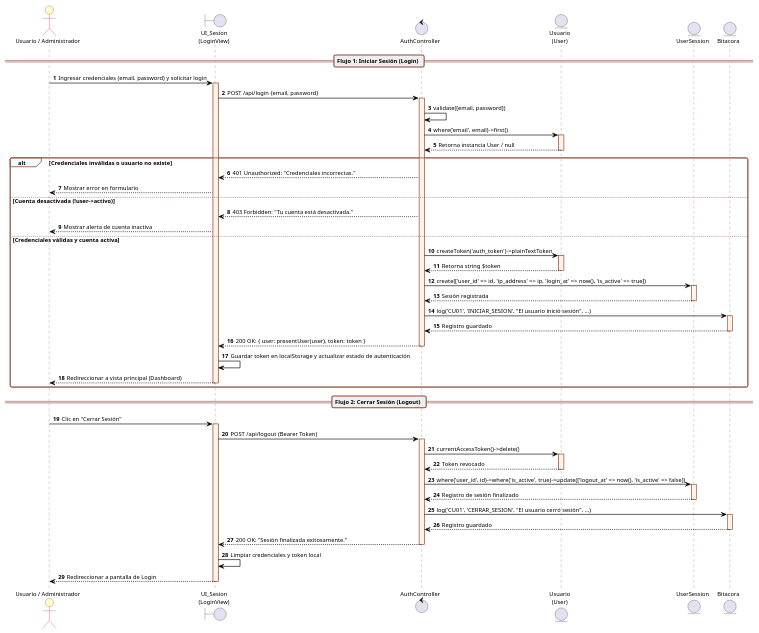
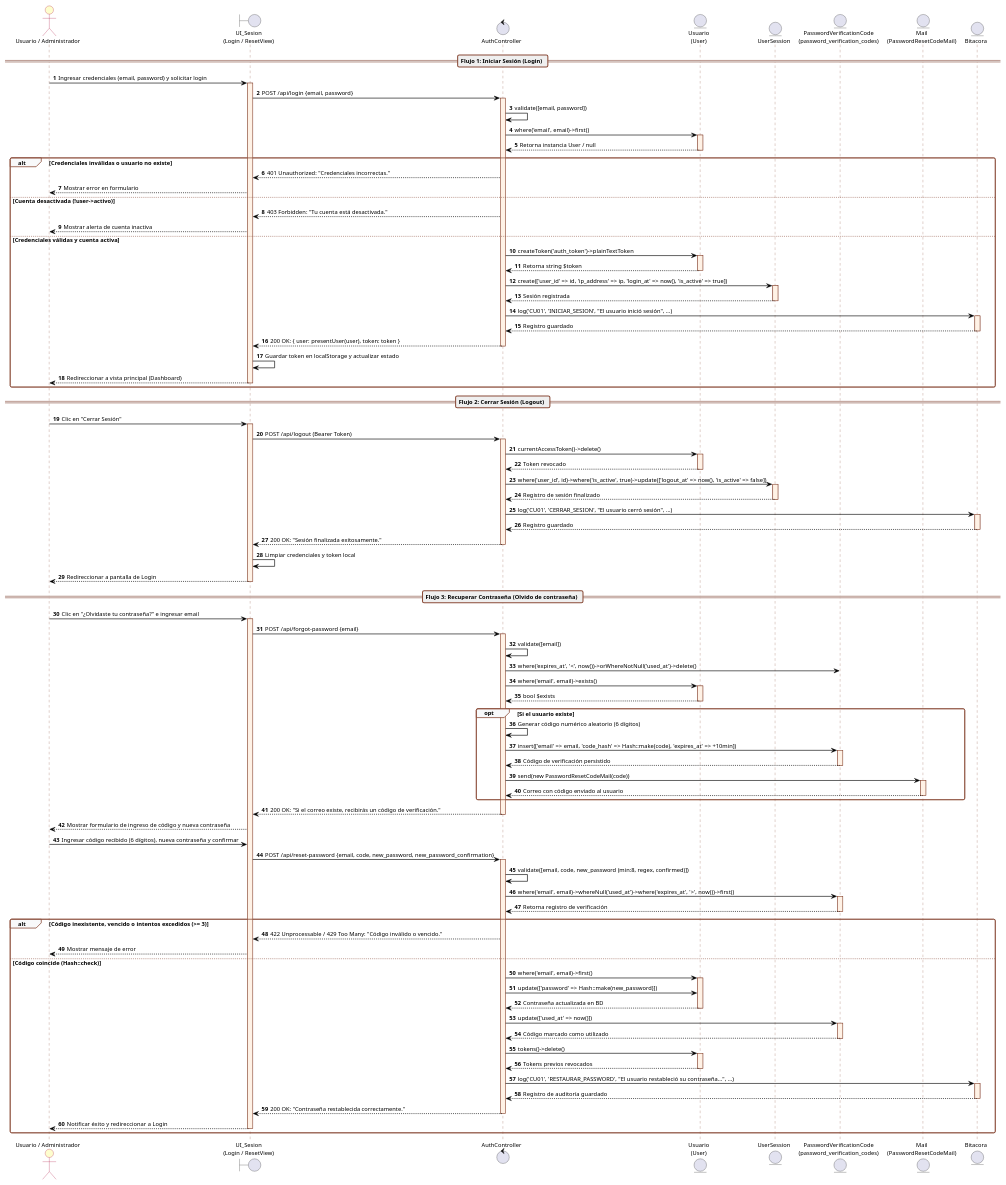
The diagram in diagramas/secuencia/diagramas_secuencia_todos_cu.puml (DiogoMars777/TELCOM), drawn with PlantUML before and after one commit. The commit also changed other lines of this file and 1 other file, not shown here.

Commit message:
docs(diagramas): agregar Flujo 3 Recuperar Contrasena al diagrama de secuencia CU01 y regenerar PNG

```diff
--- a/diagramas/secuencia/diagramas_secuencia_todos_cu.puml
+++ b/diagramas/secuencia/diagramas_secuencia_todos_cu.puml
@@ -7,107 +11,186 @@
 @startuml cu01_secuencia_iniciar_cerrar_sesion
 autonumber
 skinparam backgroundColor white
 skinparam defaultFontName "Segoe UI"
 skinparam defaultFontSize 11
 skinparam sequenceArrowThickness 1.2
 skinparam roundcorner 6
 
 skinparam sequence {
     ArrowColor black
     ActorBorderColor #A80036
     ActorBackgroundColor #FEFECE
     LifeLineBorderColor #8A4B38
     LifeLineBackgroundColor #FFF2E6
     ParticipantBorderColor #8A4B38
     ParticipantBackgroundColor #FFF2E6
     BoxBorderColor #A80036
     BoxBackgroundColor #FAFAFA
     GroupBackgroundColor #F8F9FA
     GroupBorderColor #8A4B38
     DividerBackgroundColor #EFEFEF
     DividerBorderColor #8A4B38
 }
 
 actor "Usuario / Administrador" as UserActor
-boundary "UI_Sesion\n(LoginView)" as UI
+boundary "UI_Sesion\n(Login / ResetView)" as UI
 control "AuthController" as Auth
 entity "Usuario\n(User)" as UserEntity
 entity "UserSession" as SessionEntity
+entity "PasswordVerificationCode\n(password_verification_codes)" as CodeEntity
+entity "Mail\n(PasswordResetCodeMail)" as MailService
 entity "Bitacora" as AuditEntity
 
 == Flujo 1: Iniciar Sesión (Login) ==
 
 UserActor -> UI: Ingresar credenciales (email, password) y solicitar login
 activate UI
 
 UI -> Auth: POST /api/login {email, password}
 activate Auth
 
 Auth -> Auth: validate([email, password])
 
 Auth -> UserEntity: where('email', email)->first()
 activate UserEntity
 UserEntity --> Auth: Retorna instancia User / null
 deactivate UserEntity
 
 alt Credenciales inválidas o usuario no existe
     Auth --> UI: 401 Unauthorized: "Credenciales incorrectas."
     UI --> UserActor: Mostrar error en formulario
 else Cuenta desactivada (!user->activo)
     Auth --> UI: 403 Forbidden: "Tu cuenta está desactivada."
     UI --> UserActor: Mostrar alerta de cuenta inactiva
 else Credenciales válidas y cuenta activa
     Auth -> UserEntity: createToken('auth_token')->plainTextToken
     activate UserEntity
     UserEntity --> Auth: Retorna string $token
     deactivate UserEntity
 
     Auth -> SessionEntity: create(['user_id' => id, 'ip_address' => ip, 'login_at' => now(), 'is_active' => true])
     activate SessionEntity
     SessionEntity --> Auth: Sesión registrada
     deactivate SessionEntity
 
     Auth -> AuditEntity: log('CU01', 'INICIAR_SESION', "El usuario inició sesión", ...)
     activate AuditEntity
     AuditEntity --> Auth: Registro guardado
     deactivate AuditEntity
 
     Auth --> UI: 200 OK: { user: presentUser(user), token: token }
     deactivate Auth
 
-    UI -> UI: Guardar token en localStorage y actualizar estado de autenticación
+    UI -> UI: Guardar token en localStorage y actualizar estado
     UI --> UserActor: Redireccionar a vista principal (Dashboard)
     deactivate UI
 end
 
 == Flujo 2: Cerrar Sesión (Logout) ==
 
 UserActor -> UI: Clic en "Cerrar Sesión"
 activate UI
 
 UI -> Auth: POST /api/logout (Bearer Token)
 activate Auth
 
 Auth -> UserEntity: currentAccessToken()->delete()
 activate UserEntity
 UserEntity --> Auth: Token revocado
 deactivate UserEntity
 
 Auth -> SessionEntity: where('user_id', id)->where('is_active', true)->update(['logout_at' => now(), 'is_active' => false])
 activate SessionEntity
 SessionEntity --> Auth: Registro de sesión finalizado
 deactivate SessionEntity
 
 Auth -> AuditEntity: log('CU01', 'CERRAR_SESION', "El usuario cerró sesión", ...)
 activate AuditEntity
 AuditEntity --> Auth: Registro guardado
 deactivate AuditEntity
 
 Auth --> UI: 200 OK: "Sesión finalizada exitosamente."
 deactivate Auth
 
 UI -> UI: Limpiar credenciales y token local
 UI --> UserActor: Redireccionar a pantalla de Login
 deactivate UI
 
+== Flujo 3: Recuperar Contraseña (Olvido de contraseña) ==
+
+UserActor -> UI: Clic en "¿Olvidaste tu contraseña?" e ingresar email
+activate UI
+
+UI -> Auth: POST /api/forgot-password {email}
+activate Auth
+
+Auth -> Auth: validate([email])
+Auth -> CodeEntity: where('expires_at', '<', now())->orWhereNotNull('used_at')->delete()
+
+Auth -> UserEntity: where('email', email)->exists()
+activate UserEntity
+UserEntity --> Auth: bool $exists
+deactivate UserEntity
+
+opt Si el usuario existe
+    Auth -> Auth: Generar código numérico aleatorio (6 dígitos)
+    Auth -> CodeEntity: insert(['email' => email, 'code_hash' => Hash::make(code), 'expires_at' => +10min])
+    activate CodeEntity
+    CodeEntity --> Auth: Código de verificación persistido
+    deactivate CodeEntity
+
+    Auth -> MailService: send(new PasswordResetCodeMail(code))
+    activate MailService
+    MailService --> Auth: Correo con código enviado al usuario
+    deactivate MailService
+end
+
+Auth --> UI: 200 OK: "Si el correo existe, recibirás un código de verificación."
+deactivate Auth
+
+UI --> UserActor: Mostrar formulario de ingreso de código y nueva contraseña
+
+UserActor -> UI: Ingresar código recibido (6 dígitos), nueva contraseña y confirmar
+UI -> Auth: POST /api/reset-password {email, code, new_password, new_password_confirmation}
+activate Auth
+
+Auth -> Auth: validate([email, code, new_password (min:8, regex, confirmed)])
+
+Auth -> CodeEntity: where('email', email)->whereNull('used_at')->where('expires_at', '>', now())->first()
+activate CodeEntity
+CodeEntity --> Auth: Retorna registro de verificación
+deactivate CodeEntity
+
+alt Código inexistente, vencido o intentos excedidos (>= 3)
+    Auth --> UI: 422 Unprocessable / 429 Too Many: "Código inválido o vencido."
+    UI --> UserActor: Mostrar mensaje de error
+else Código coincide (Hash::check)
+    Auth -> UserEntity: where('email', email)->first()
+    activate UserEntity
+    Auth -> UserEntity: update(['password' => Hash::make(new_password)])
+    UserEntity --> Auth: Contraseña actualizada en BD
+    deactivate UserEntity
+
+    Auth -> CodeEntity: update(['used_at' => now()])
+    activate CodeEntity
+    CodeEntity --> Auth: Código marcado como utilizado
+    deactivate CodeEntity
+
+    Auth -> UserEntity: tokens()->delete()
+    activate UserEntity
+    UserEntity --> Auth: Tokens previos revocados
+    deactivate UserEntity
+
+    Auth -> AuditEntity: log('CU01', 'RESTAURAR_PASSWORD', "El usuario restableció su contraseña...", ...)
+    activate AuditEntity
+    AuditEntity --> Auth: Registro de auditoría guardado
+    deactivate AuditEntity
+
+    Auth --> UI: 200 OK: "Contraseña restablecida correctamente."
+    deactivate Auth
+
+    UI --> UserActor: Notificar éxito y redireccionar a Login
+    deactivate UI
+end
+
 @enduml
```
